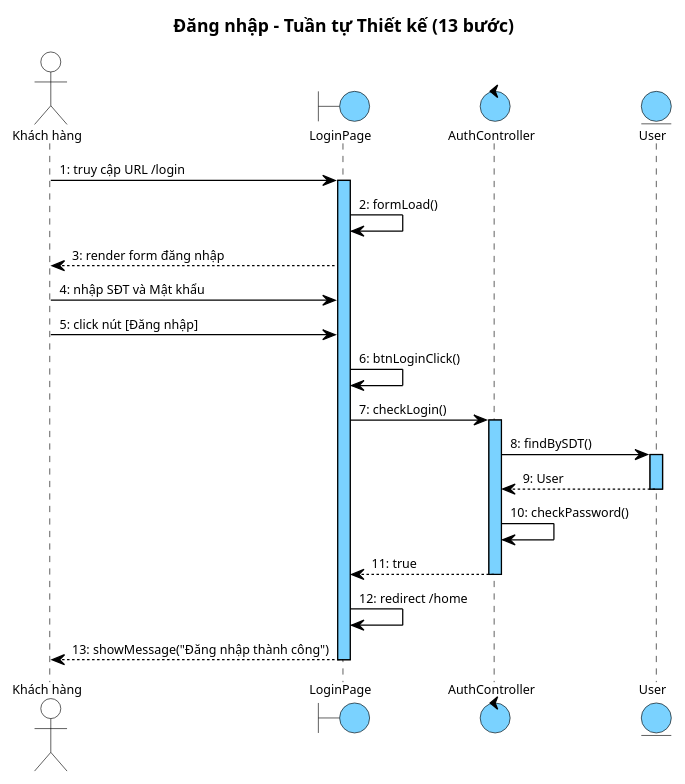
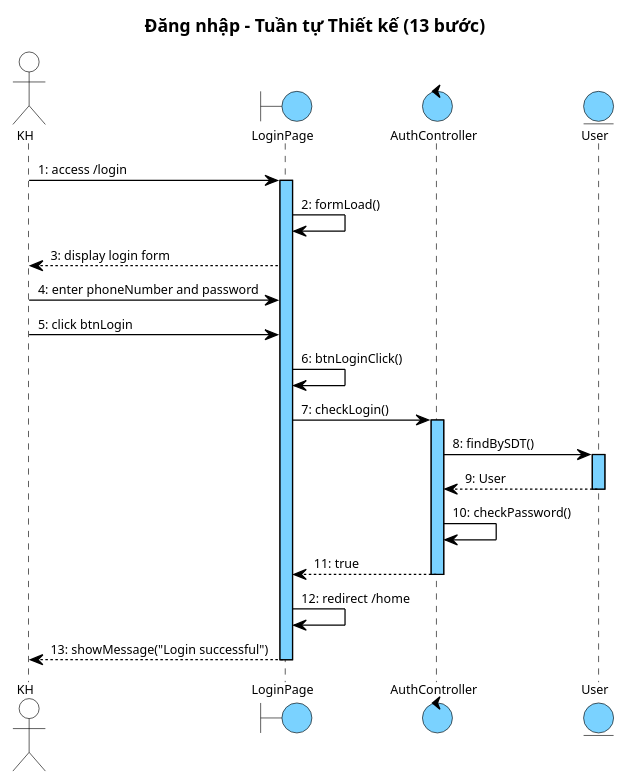
One commit to thanhtrnnn/cnpm changed the fourth of 8 diagrams in docs/tabs/account/iii-design.md. Above: the diagram before and after it, drawn with PlantUML. The commit also changed other lines of this file and 3 other files, not shown here.

First line of the commit message:
fix: PlantUML arrow labels → English; section II.4 scenarios use bullets

````diff
--- a/docs/tabs/account/iii-design.md
+++ b/docs/tabs/account/iii-design.md
@@ -577,79 +577,79 @@
 ```plantuml
 @startuml
 skinparam shadowing false
 skinparam SequenceMessageAlign left
 
 skinparam SequenceLifeLineBackgroundColor #7AD2FF
 skinparam SequenceLifeLineBorderColor #000000
 
 <style>
 sequenceDiagram {
   Shadowing 0
   RoundCorner 0
   FontName "Arial"
   FontSize 10
   FontColor #000000
 
   participant {
     BackgroundColor #7AD2FF
     LineColor #000000
     LineThickness 1
   }
 
   actor {
     BackgroundColor transparent
     LineColor #000000
   }
   boundary {
     BackgroundColor #7AD2FF
     LineColor #000000
   }
   control {
     BackgroundColor #7AD2FF
     LineColor #000000
   }
   entity {
     BackgroundColor #7AD2FF
     LineColor #000000
   }
 
   lifeline {
     LineColor #000000
     LineStyle 5-5
   }
 
   arrow {
     LineColor #000000
     LineThickness 1
     FontSize 10
   }
 }
 </style>
 title Đăng nhập – Tuần tự Thiết kế (13 bước)
 
-actor "Khách hàng" as KH
+actor "KH" as KH
 boundary LoginPage as B1
 control AuthController as C1
 entity User as E1
 
-KH -> B1 : 1: truy cập URL /login
+KH -> B1 : 1: access /login
 activate B1
 B1 -> B1 : 2: formLoad()
-B1 --> KH : 3: render form đăng nhập
-KH -> B1 : 4: nhập SĐT và Mật khẩu
-KH -> B1 : 5: click nút [Đăng nhập]
+B1 --> KH : 3: display login form
+KH -> B1 : 4: enter phoneNumber and password
+KH -> B1 : 5: click btnLogin
 B1 -> B1 : 6: btnLoginClick()
 B1 -> C1 : 7: checkLogin()
 activate C1
 C1 -> E1 : 8: findBySDT()
 activate E1
 E1 --> C1 : 9: User
 deactivate E1
 C1 -> C1 : 10: checkPassword()
 C1 --> B1 : 11: true
 deactivate C1
 B1 -> B1 : 12: redirect /home
-B1 --> KH : 13: showMessage("Đăng nhập thành công")
+B1 --> KH : 13: showMessage("Login successful")
 deactivate B1
 @enduml
 ```
````
